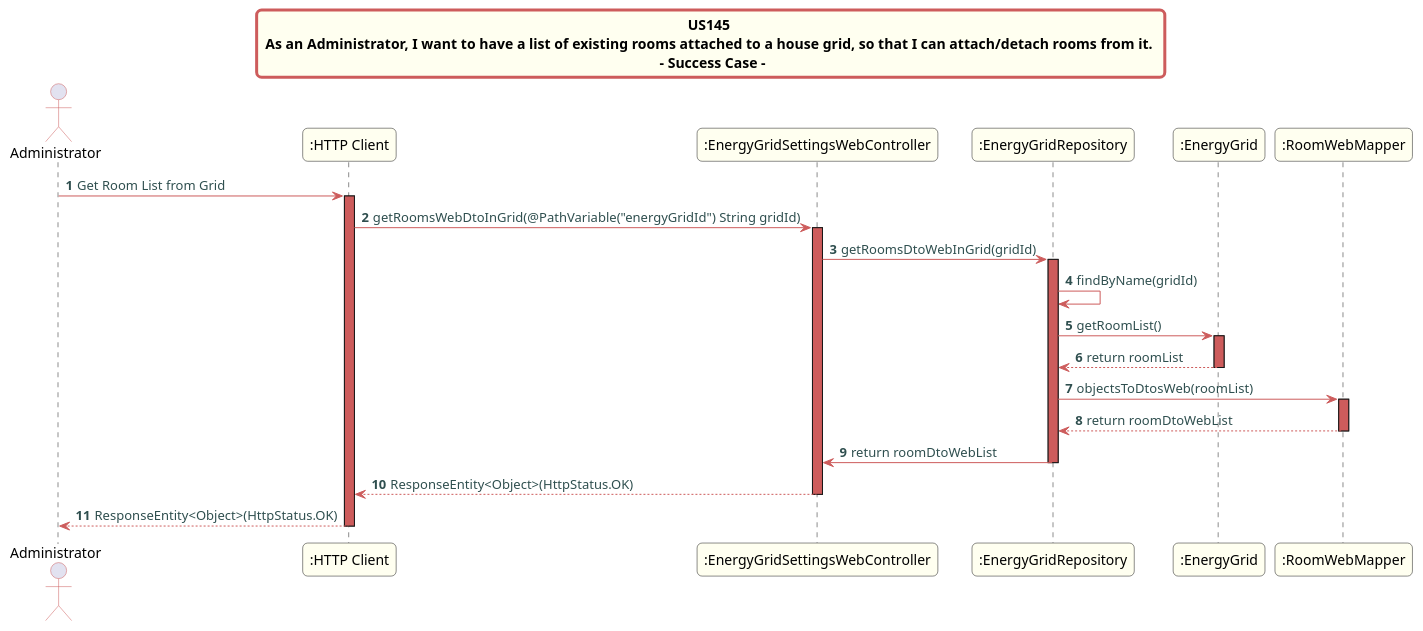
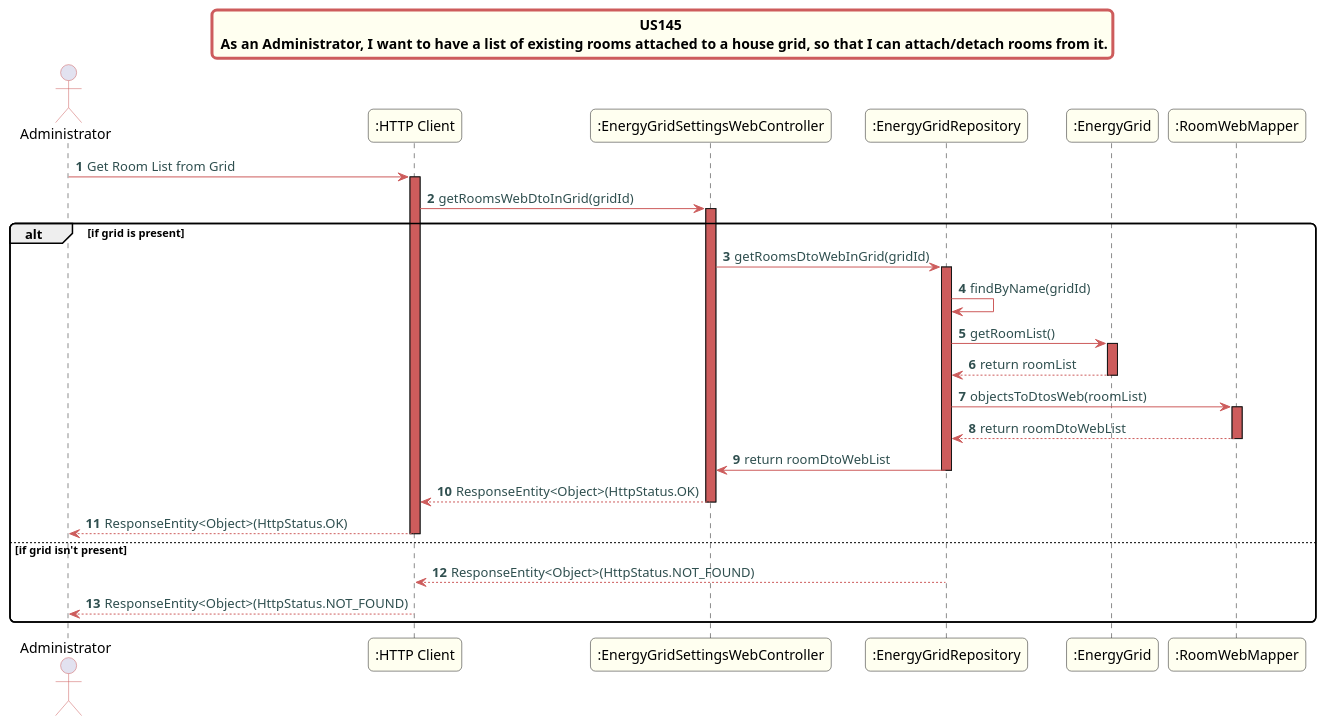
One commit to Almadanmp/project changed the diagram in src/doc/WEB_Controllers/EnergyGridSettings/US145/US145_sd_EnergyGridSettingsWebController.puml. Above: the diagram before and after it, drawn with PlantUML. The commit also changed 2 other files, not shown here.

Commit message:
REF #344 REF #345 - Energy Grid Setting Web Controller - US 145, US 147 UML corrections

```diff
--- a/src/doc/WEB_Controllers/EnergyGridSettings/US145/US145_sd_EnergyGridSettingsWebController.puml
+++ b/src/doc/WEB_Controllers/EnergyGridSettings/US145/US145_sd_EnergyGridSettingsWebController.puml
@@ -1,49 +1,54 @@
 @startuml
 skinparam titleBorderRoundCorner 10
 skinparam titleBorderThickness 3
 skinparam titleBorderColor indianred
 skinparam titleBackgroundColor ivory
 skinparam FontName quicksand
 
 skinparam actor {
  	BorderColor indianred
  	}
 
  skinparam sequence {
  	LifeLineBackgroundColor indianred
  	ParticipantBackgroundColor ivory
  }
 
  skinparam roundcorner 10
 
  skinparam component {
    arrowThickness 1
    ArrowFontName Verdana
    ArrowColor indianred
    ArrowFontColor darkslategrey
  }
-title US145 \n As an Administrator, I want to have a list of existing rooms attached to a house grid, so that I can attach/detach rooms from it.  \n - Success Case -
+title US145 \n As an Administrator, I want to have a list of existing rooms attached to a house grid, so that I can attach/detach rooms from it.
 autonumber
 actor "Administrator"
 "Administrator" -> ":HTTP Client":  Get Room List from Grid
 activate ":HTTP Client"
-":HTTP Client" -> ":EnergyGridSettingsWebController":  getRoomsWebDtoInGrid(@PathVariable("energyGridId") String gridId)
+":HTTP Client" -> ":EnergyGridSettingsWebController":  getRoomsWebDtoInGrid(gridId)
 activate ":EnergyGridSettingsWebController"
+alt if grid is present
 ":EnergyGridSettingsWebController" -> ":EnergyGridRepository": getRoomsDtoWebInGrid(gridId)
 activate ":EnergyGridRepository"
 ":EnergyGridRepository" -> ":EnergyGridRepository": findByName(gridId)
 ":EnergyGridRepository" -> ":EnergyGrid": getRoomList()
 activate ":EnergyGrid"
 ":EnergyGrid" --> ":EnergyGridRepository" : return roomList
 deactivate ":EnergyGrid"
 ":EnergyGridRepository" -> ":RoomWebMapper": objectsToDtosWeb(roomList)
 activate ":RoomWebMapper"
 ":RoomWebMapper" --> ":EnergyGridRepository" : return roomDtoWebList
 deactivate ":RoomWebMapper"
 ":EnergyGridRepository" -> ":EnergyGridSettingsWebController" : return roomDtoWebList
 deactivate ":EnergyGridRepository"
 ":EnergyGridSettingsWebController" --> ":HTTP Client": ResponseEntity<Object>(HttpStatus.OK)
 deactivate ":EnergyGridSettingsWebController"
 ":HTTP Client" --> "Administrator": ResponseEntity<Object>(HttpStatus.OK)
 deactivate ":HTTP Client"
+else if grid isn't present
+":EnergyGridRepository"-->":HTTP Client" : ResponseEntity<Object>(HttpStatus.NOT_FOUND)
+":HTTP Client" --> "Administrator" : ResponseEntity<Object>(HttpStatus.NOT_FOUND)
+end
 @enduml
```
